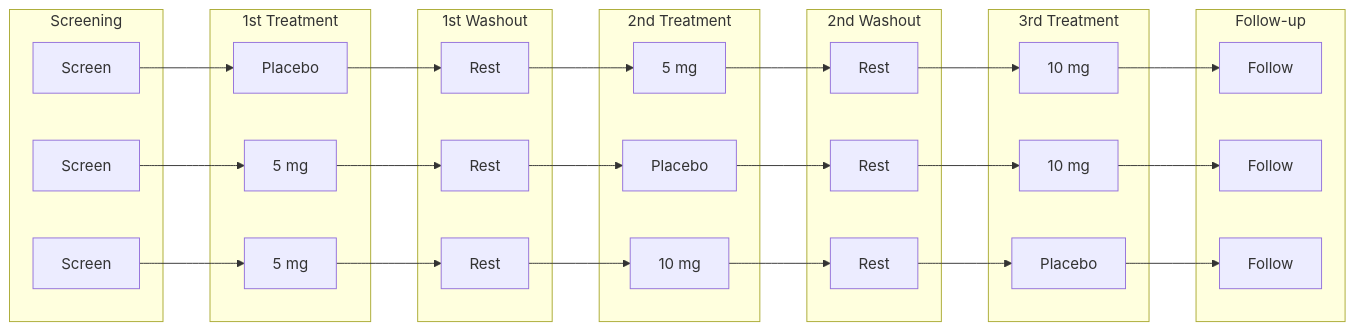
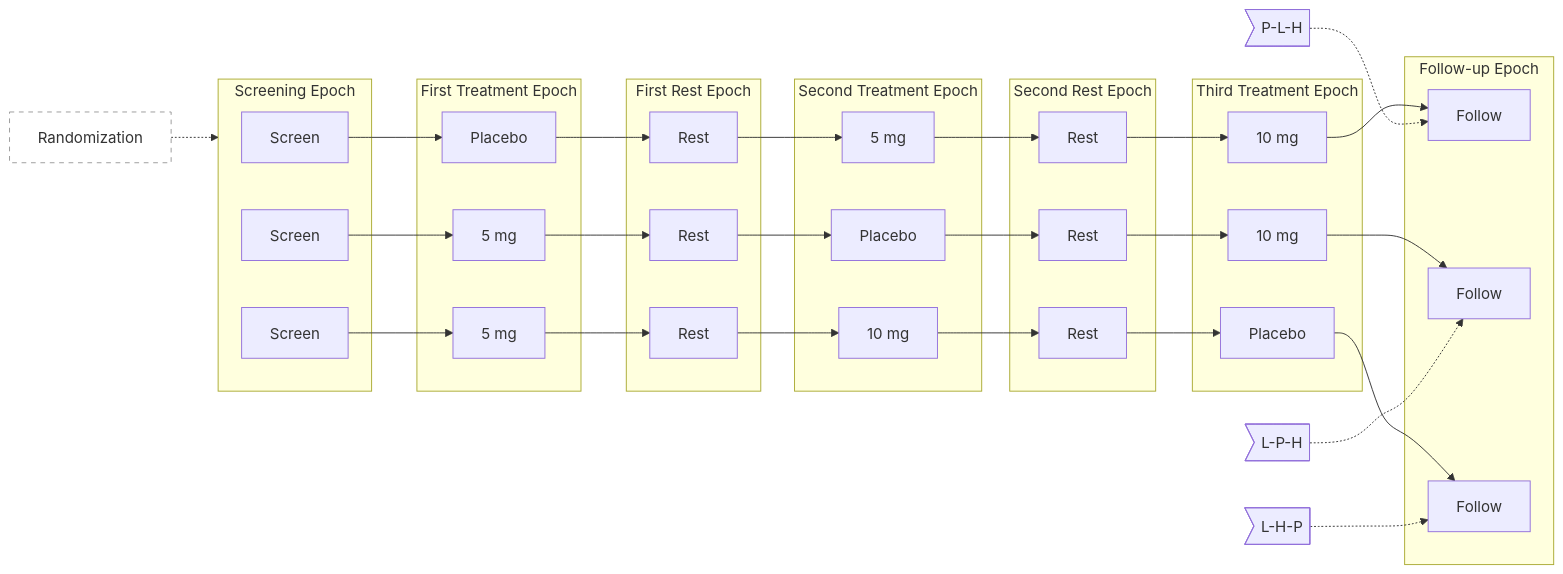
The seventh of 24 diagrams in knowledge_base/domains/TA/examples.md (hakupao/sdtm-pedia), drawn with Mermaid before and after one commit. The commit also changed other lines of this file and 12 other files, not shown here.

First line of the commit message:
fix(kb): Tier B batch B-TA — TA narratives restored + 24 Mermaid vs PDF figures (PASS after 3 attempts; local)

````diff
--- a/knowledge_base/domains/TA/examples.md
+++ b/knowledge_base/domains/TA/examples.md
@@ -149,41 +239,46 @@
 ```mermaid
 graph LR
-    subgraph SE["Screening"]
+    subgraph SE["Screening Epoch"]
         s1[Screen]
         s2[Screen]
         s3[Screen]
     end
-    subgraph T1["1st Treatment"]
+    subgraph T1["First Treatment Epoch"]
         t1a[Placebo]
         t1b[5 mg]
         t1c[5 mg]
     end
-    subgraph W1["1st Washout"]
+    subgraph W1["First Rest Epoch"]
         w1a[Rest]
         w1b[Rest]
         w1c[Rest]
     end
-    subgraph T2["2nd Treatment"]
+    subgraph T2["Second Treatment Epoch"]
         t2a[5 mg]
         t2b[Placebo]
         t2c[10 mg]
     end
-    subgraph W2["2nd Washout"]
+    subgraph W2["Second Rest Epoch"]
         w2a[Rest]
         w2b[Rest]
         w2c[Rest]
     end
-    subgraph T3["3rd Treatment"]
+    subgraph T3["Third Treatment Epoch"]
         t3a[10 mg]
         t3b[10 mg]
         t3c[Placebo]
     end
-    subgraph FU["Follow-up"]
+    subgraph FU["Follow-up Epoch"]
         f1[Follow]
         f2[Follow]
         f3[Follow]
     end
     s1 --> t1a --> w1a --> t2a --> w2a --> t3a --> f1
     s2 --> t1b --> w1b --> t2b --> w2b --> t3b --> f2
     s3 --> t1c --> w1c --> t2c --> w2c --> t3c --> f3
+    arm1>"P-L-H"] -.-> f1
+    arm2>"L-P-H"] -.-> f2
+    arm3>"L-H-P"] -.-> f3
+    rand["Randomization"] -.-> SE
+    style rand fill:#fff,stroke:#999,stroke-dasharray:5 5
 ```
````
